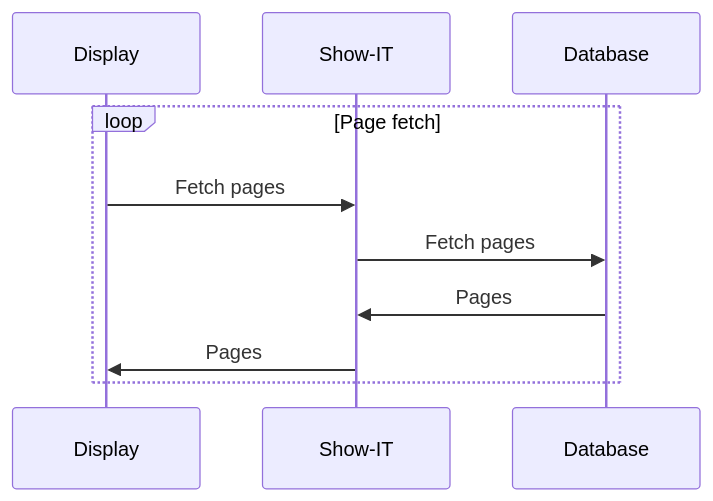
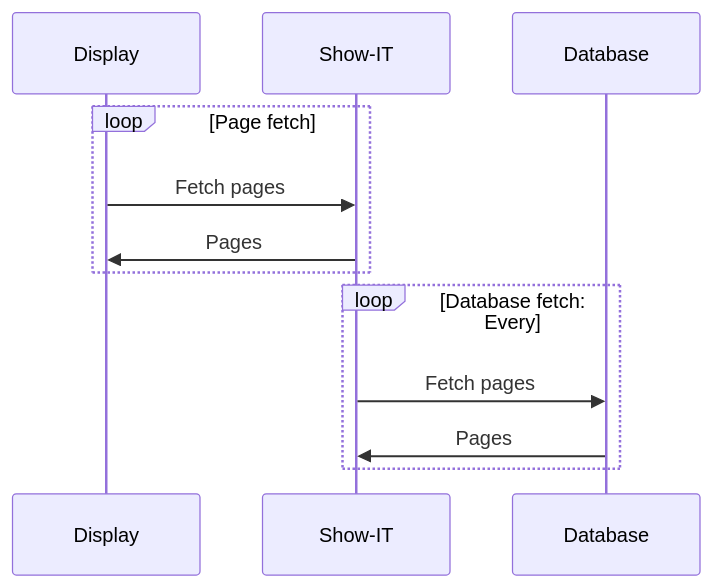
One commit to Slenderman00/show-it changed the first of 3 diagrams in docs/access-control.md. Above: the diagram before and after it, drawn with Mermaid. The commit also changed other lines of this file, not shown here.

Commit message:
feat: added database fetch loop

````diff
--- a/docs/access-control.md
+++ b/docs/access-control.md
@@ -11,9 +11,11 @@
 ```mermaid
 sequenceDiagram
 loop  Page fetch
 Display->>Show-IT: Fetch pages
+Show-IT->>Display: Pages
+end
+loop Database fetch: Every
 Show-IT->>Database: Fetch pages
 Database->>Show-IT: Pages
-Show-IT->>Display: Pages
 end
 ```
````
